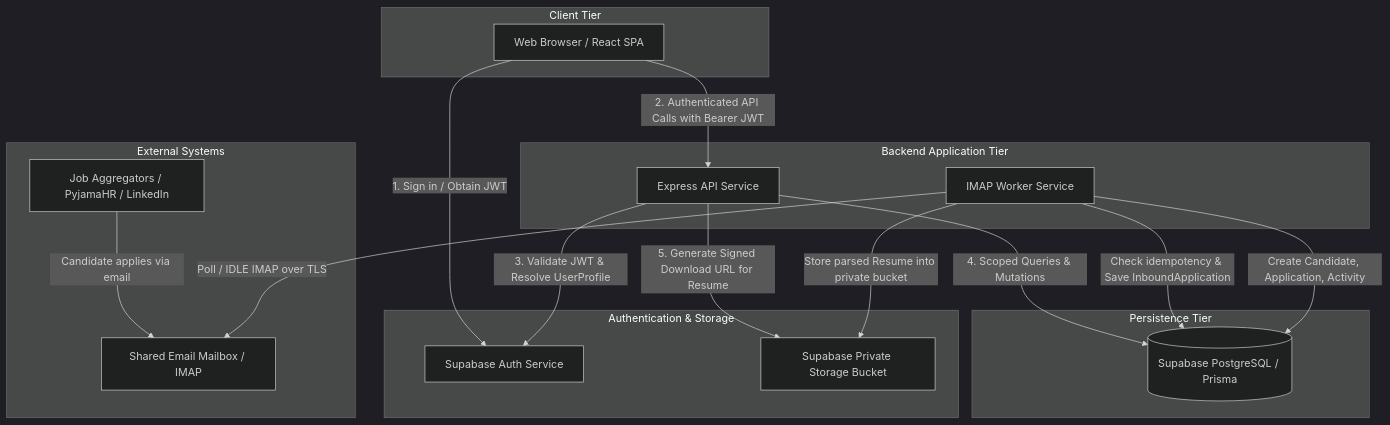
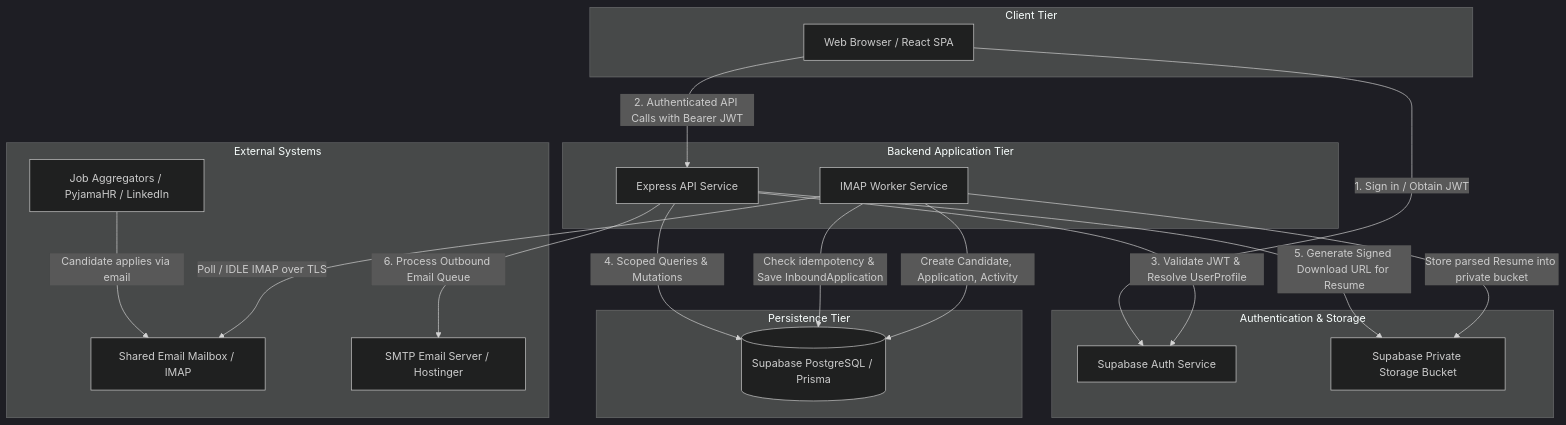
The diagram in docs/ARCHITECTURE.md (vu2f2425015-arch/Hiredesk), drawn with Mermaid (dark theme) before and after one commit. The commit also changed other lines of this file and 31 other files, not shown here.

````diff
--- a/docs/ARCHITECTURE.md
+++ b/docs/ARCHITECTURE.md
@@ -62,37 +62,39 @@
 ```mermaid
 graph TD
     subgraph Client Tier
         W[Web Browser / React SPA]
     end
 
     subgraph Authentication & Storage
         SA[Supabase Auth Service]
         SS[Supabase Private Storage Bucket]
     end
 
     subgraph Backend Application Tier
         API[Express API Service]
         WKR[IMAP Worker Service]
     end
 
     subgraph Persistence Tier
         DB[(Supabase PostgreSQL / Prisma)]
     end
 
     subgraph External Systems
         MB[Shared Email Mailbox / IMAP]
         PJ[Job Aggregators / PyjamaHR / LinkedIn]
+        SMTP[SMTP Email Server / Hostinger]
     end
 
     W -->|1. Sign in / Obtain JWT| SA
     W -->|2. Authenticated API Calls with Bearer JWT| API
     API -->|3. Validate JWT & Resolve UserProfile| SA
     API -->|4. Scoped Queries & Mutations| DB
     API -->|5. Generate Signed Download URL for Resume| SS
+    API -->|6. Process Outbound Email Queue| SMTP
 
     PJ -->|Candidate applies via email| MB
     WKR -->|Poll / IDLE IMAP over TLS| MB
     WKR -->|Check idempotency & Save InboundApplication| DB
     WKR -->|Store parsed Resume into private bucket| SS
     WKR -->|Create Candidate, Application, Activity| DB
 ```
````
